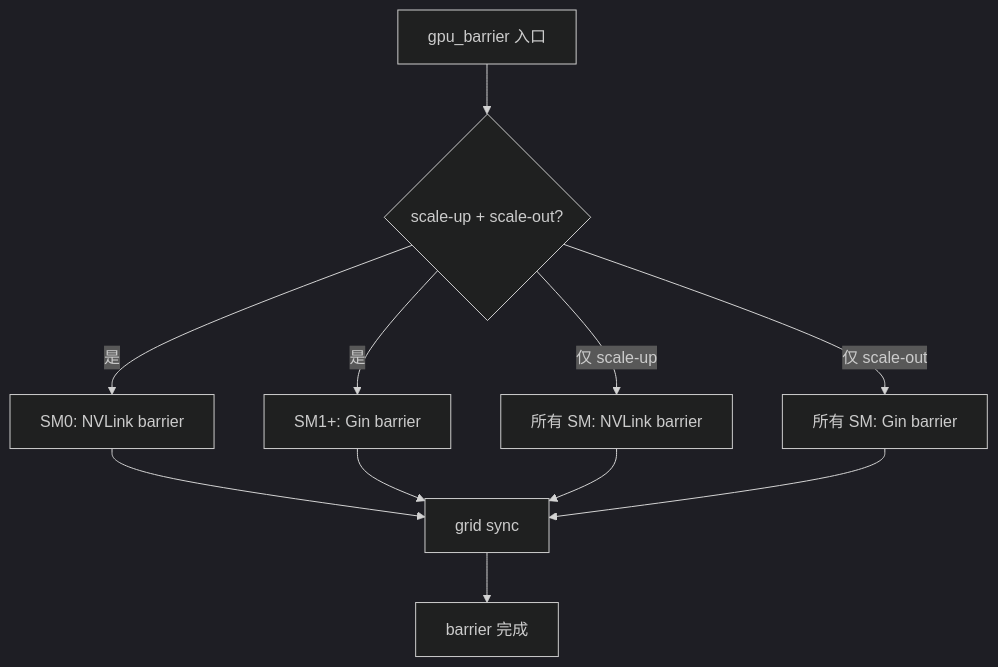
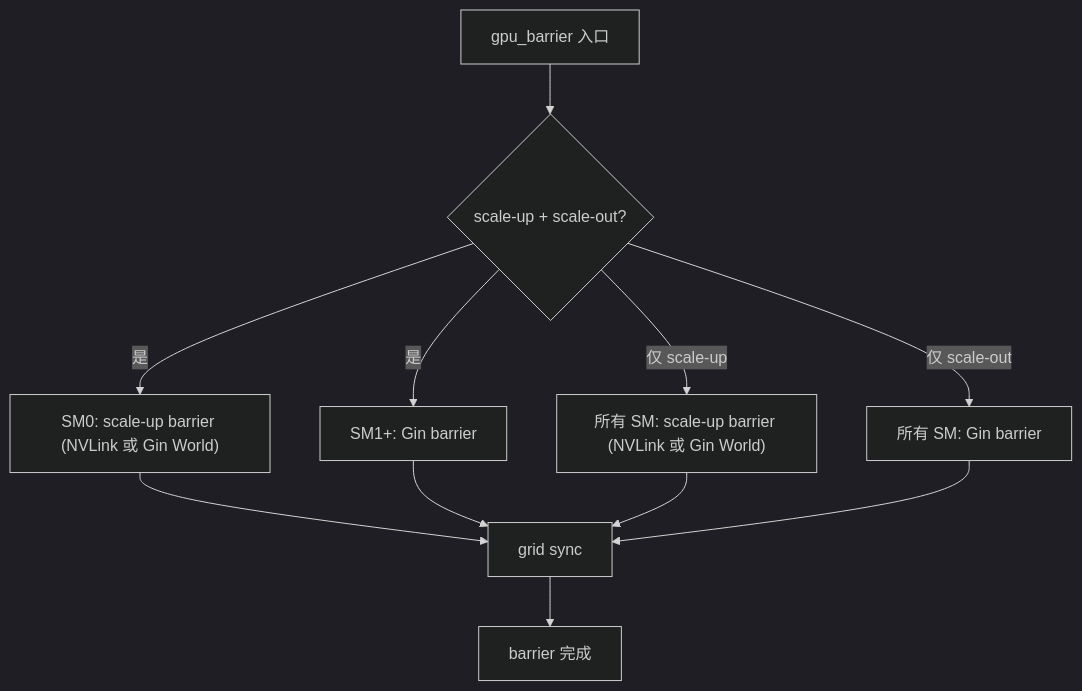
Before and after one commit to s0okiym/DeepEP: the fourth of 4 diagrams in notes/deep_ep_transport.md, drawn with Mermaid (dark theme). The commit also changed other lines of this file, not shown here.

````diff
--- a/notes/deep_ep_transport.md
+++ b/notes/deep_ep_transport.md
@@ -396,13 +418,13 @@
 ```mermaid
 flowchart TB
     A["gpu_barrier 入口"] --> B{"scale-up + scale-out?"}
-    B -- 是 --> C["SM0: NVLink barrier"]
+    B -- 是 --> C["SM0: scale-up barrier (NVLink 或 Gin World)"]
     B -- 是 --> D["SM1+: Gin barrier"]
-    B -- 仅 scale-up --> E["所有 SM: NVLink barrier"]
+    B -- 仅 scale-up --> E["所有 SM: scale-up barrier (NVLink 或 Gin World)"]
     B -- 仅 scale-out --> F["所有 SM: Gin barrier"]
     C --> G["grid sync"]
     D --> G
     E --> G
     F --> G
     G --> H["barrier 完成"]
 ```
````
